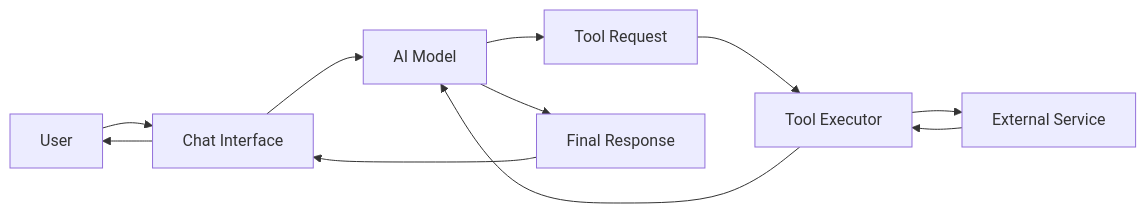
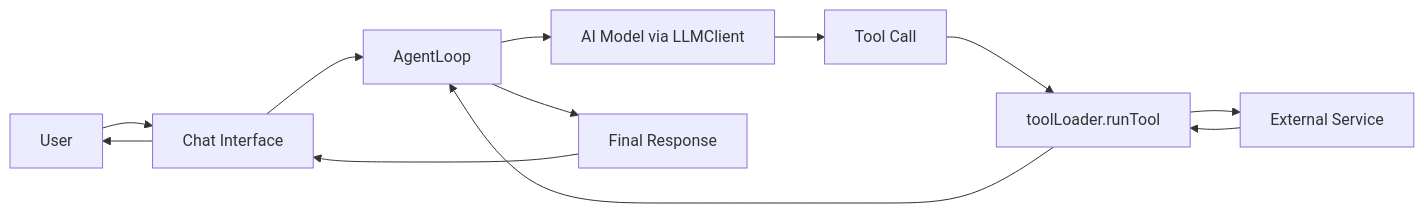
One commit to intrafind/ihub-apps changed the diagram in docs/tool-calling.md. Above: the diagram before and after it, drawn with Mermaid. The commit also changed other lines of this file and 238 other files, not shown here.

````diff
--- a/docs/tool-calling.md
+++ b/docs/tool-calling.md
@@ -82,13 +82,14 @@
 ```mermaid
 graph LR
     User[User] --> Chat[Chat Interface]
-    Chat --> Model[AI Model]
-    Model --> ToolRequest[Tool Request]
-    ToolRequest --> ToolExecutor[Tool Executor]
-    ToolExecutor --> ExternalService[External Service]
-    ExternalService --> ToolExecutor
-    ToolExecutor --> Model
-    Model --> Response[Final Response]
+    Chat --> Loop[AgentLoop]
+    Loop --> Model[AI Model via LLMClient]
+    Model --> ToolRequest[Tool Call]
+    ToolRequest --> Runner[toolLoader.runTool]
+    Runner --> ExternalService[External Service]
+    ExternalService --> Runner
+    Runner --> Loop
+    Loop --> Response[Final Response]
     Response --> Chat
     Chat --> User
 ```
````
